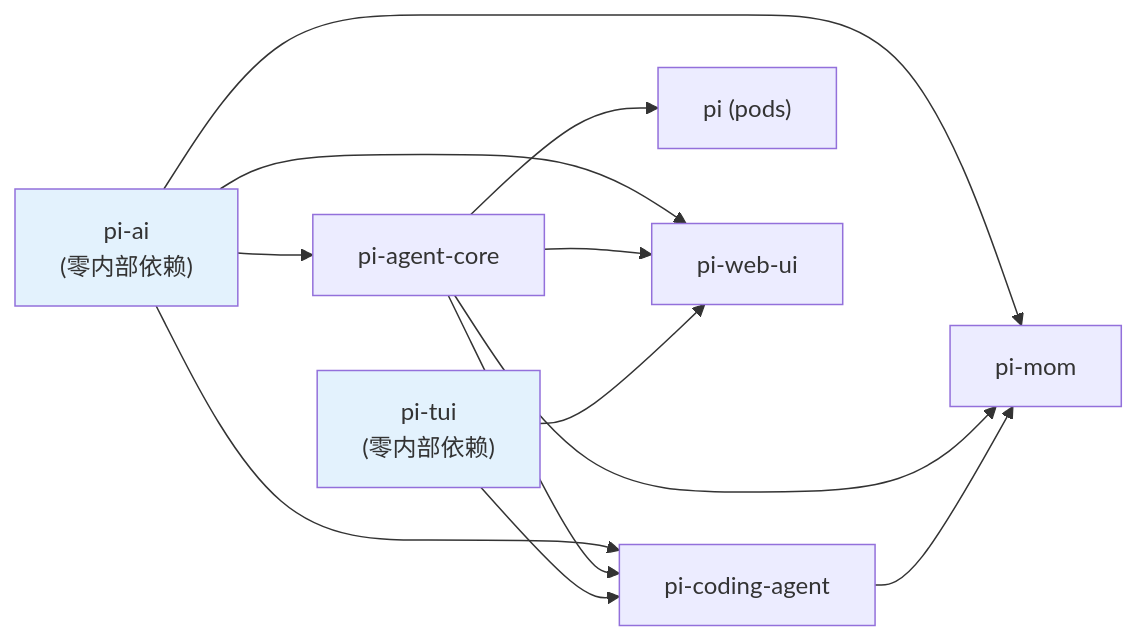
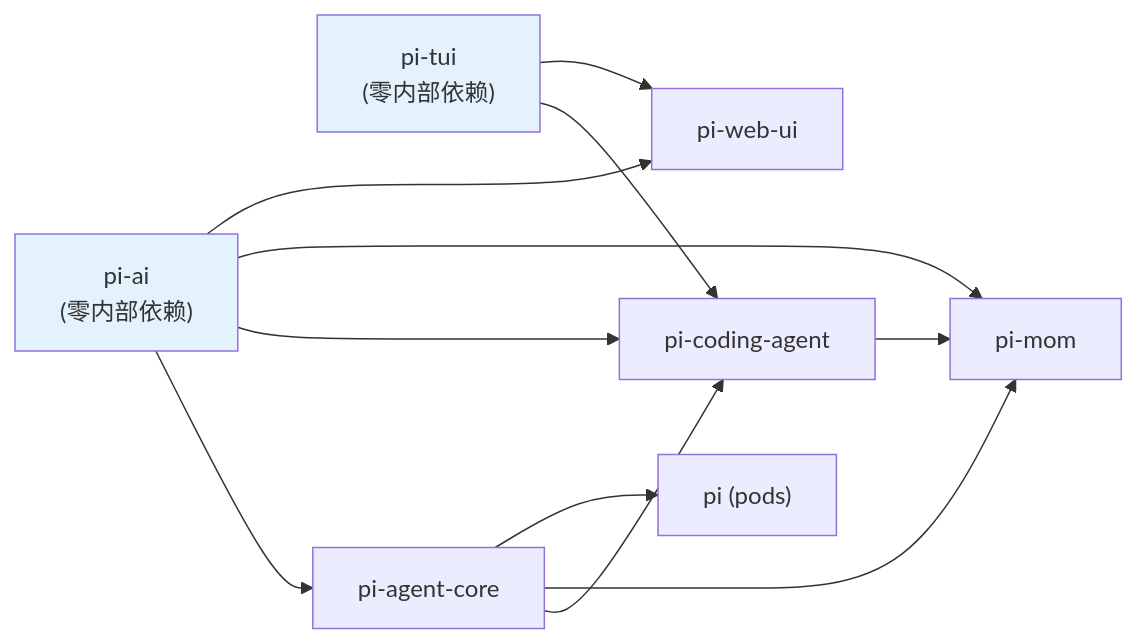
One commit to endlessc/pi-book changed the second of 2 diagrams in src/ch02-packages.md. Above: the diagram before and after it, drawn with Mermaid. The commit also changed other lines of this file and 8 other files, not shown here.

````diff
--- a/src/ch02-packages.md
+++ b/src/ch02-packages.md
@@ -108,25 +108,24 @@
 ```mermaid
 graph LR
     AI["pi-ai\n(零内部依赖)"]
     TUI["pi-tui\n(零内部依赖)"]
     Core["pi-agent-core"]
     Coding["pi-coding-agent"]
     Mom["pi-mom"]
     Pods["pi (pods)"]
     Web["pi-web-ui"]
     
     AI --> Core
     AI --> Coding
     AI --> Mom
     AI --> Web
-    Core --> Web
     Core --> Coding
     Core --> Mom
     Core --> Pods
     TUI --> Coding
     TUI --> Web
     Coding --> Mom
     
     style AI fill:#e3f2fd
     style TUI fill:#e3f2fd
 ```
````
